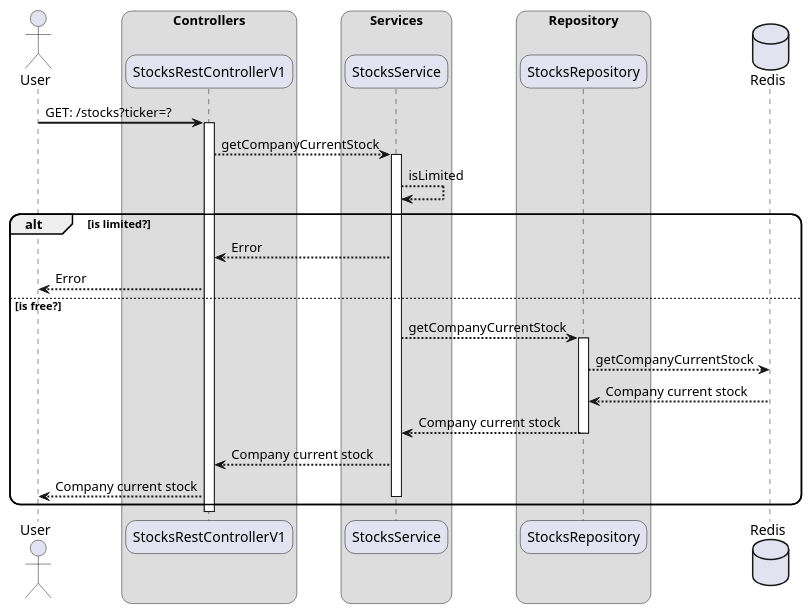
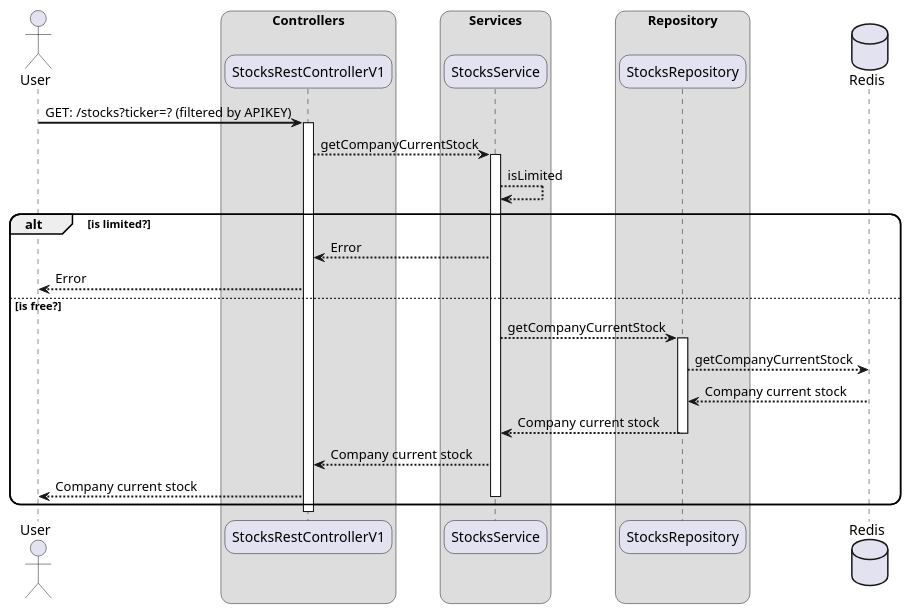
The diagram in docs/Stocks.puml (Viterg/stocks-feed), drawn with PlantUML before and after one commit. The commit also changed 29 other files, not shown here.

```diff
--- a/docs/Stocks.puml
+++ b/docs/Stocks.puml
@@ -1,41 +1,41 @@
 @startuml
 skinparam sequenceArrowThickness 2
 skinparam roundcorner 20
 
 actor User
 database Redis as Cache order 80
 
 box "Controllers"
 participant StocksRestControllerV1 as SC
 end box
 
 box "Services"
 participant StocksService as SS
 end box
 
 box "Repository"
 participant StocksRepository as SR
 end box
 
-User -> SC: GET: /stocks?ticker=?
+User -> SC: GET: /stocks?ticker=? (filtered by APIKEY)
 activate SC
 SC --> SS: getCompanyCurrentStock
 activate SS
 SS --> SS: isLimited
 alt is limited?
 SS --> SC: Error
 SC --> User: Error
 else is free?
 SS --> SR: getCompanyCurrentStock
 activate SR
 SR --> Cache: getCompanyCurrentStock
 Cache --> SR: Company current stock
 SR --> SS: Company current stock
 deactivate SR
 SS --> SC: Company current stock
 deactivate SR
 SC --> User: Company current stock
 deactivate SS
 end
 deactivate SC
 @enduml
```
